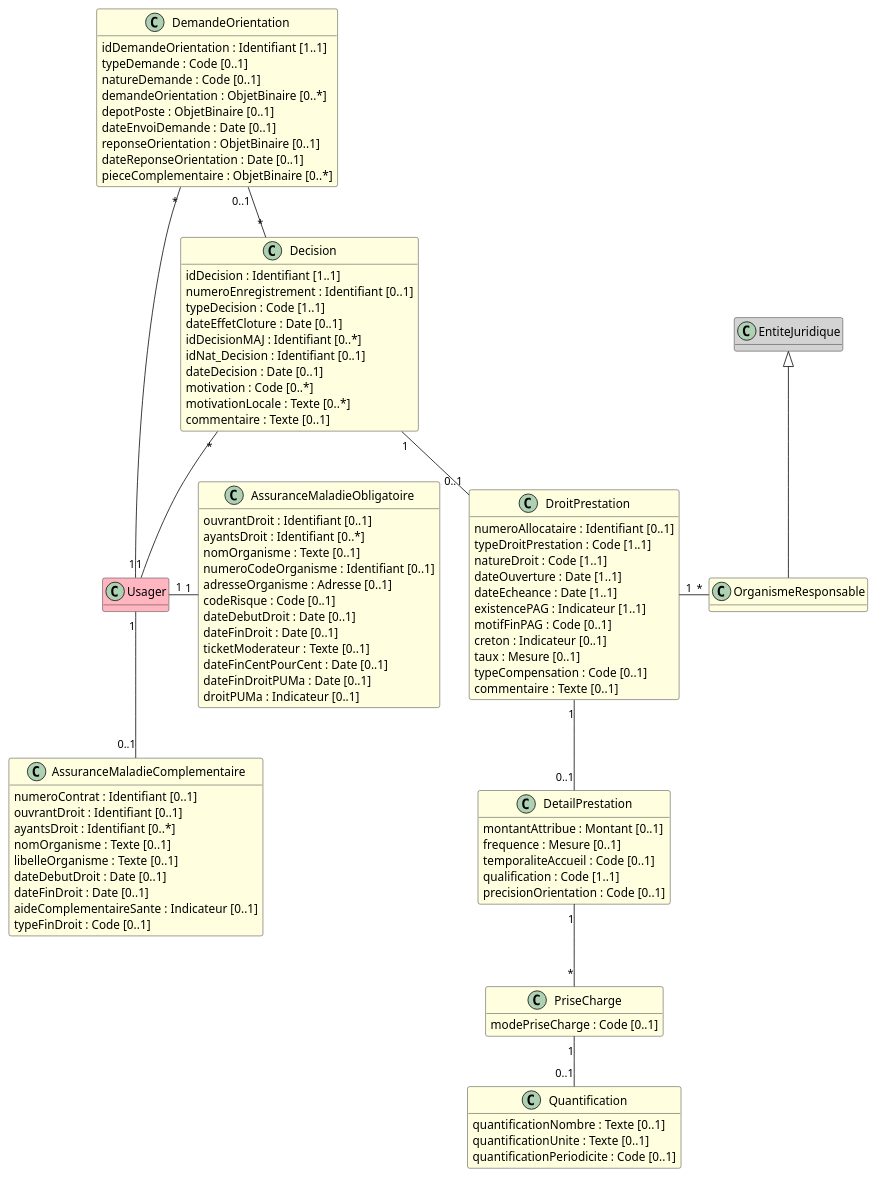
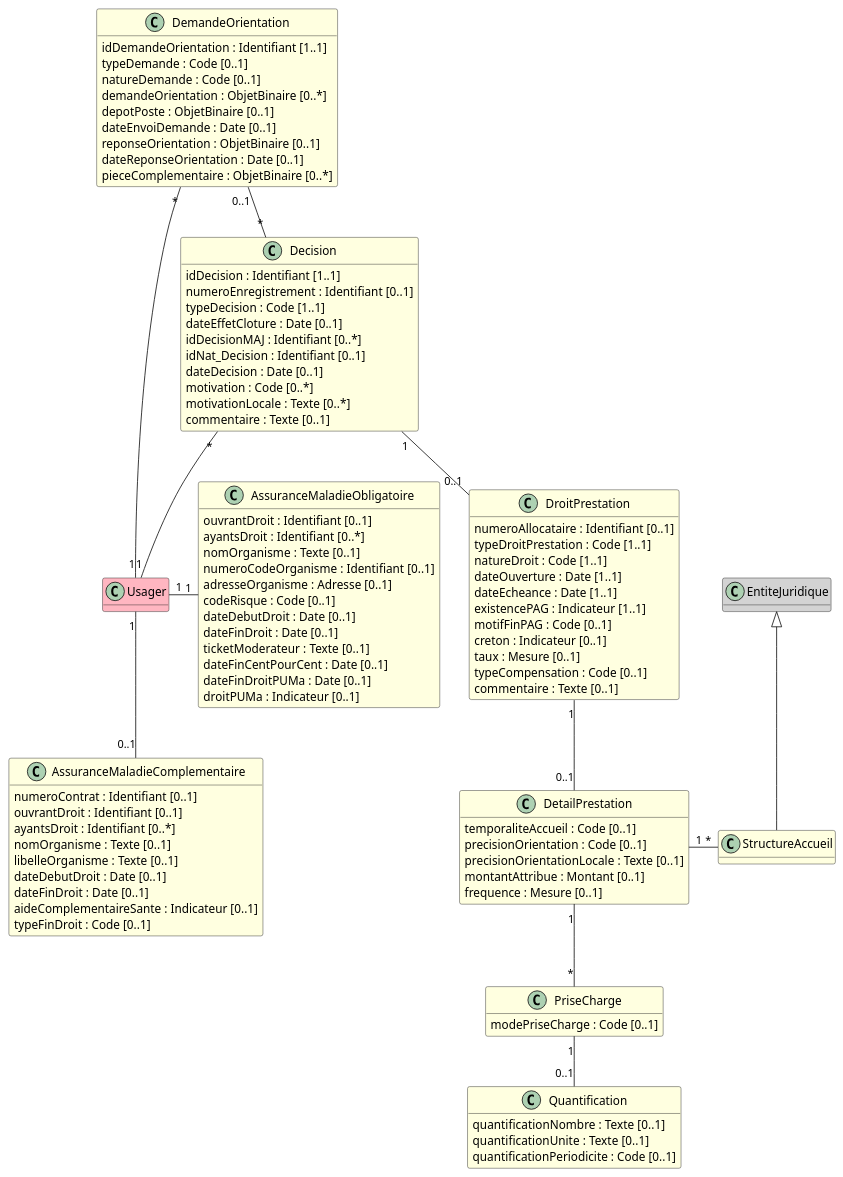
The diagram in input/images-source/bloc_droits_sociaux_sante.plantuml (ansforge/IG-fhir-medicosocial-transfert-donnees-dui), drawn with PlantUML before and after one commit. The commit also changed 1 other file, not shown here.

Commit message:
lot3 orientation

```diff
--- a/input/images-source/bloc_droits_sociaux_sante.plantuml
+++ b/input/images-source/bloc_droits_sociaux_sante.plantuml
@@ -1,110 +1,110 @@
 @startuml
 
 hide empty methods
 
 class Usager #LightPink
 
 class EntiteJuridique #LightGray
-class OrganismeResponsable #LightYellow
+class StructureAccueil #LightYellow
 
 class AssuranceMaladieComplementaire #LightYellow {
     numeroContrat : Identifiant [0..1]
     ouvrantDroit : Identifiant [0..1]
     ayantsDroit : Identifiant [0..*]
     nomOrganisme : Texte [0..1]
     libelleOrganisme : Texte [0..1]
     dateDebutDroit : Date [0..1]
     dateFinDroit : Date [0..1]
     aideComplementaireSante : Indicateur [0..1]
     typeFinDroit : Code [0..1]
 
 }
 
 class AssuranceMaladieObligatoire #LightYellow {
     ouvrantDroit : Identifiant [0..1]
     ayantsDroit : Identifiant [0..*]
     nomOrganisme : Texte [0..1]
     numeroCodeOrganisme : Identifiant [0..1]
     adresseOrganisme : Adresse [0..1]
     codeRisque : Code [0..1]
     dateDebutDroit : Date [0..1]
     dateFinDroit : Date [0..1]
     ticketModerateur : Texte [0..1]
     dateFinCentPourCent : Date [0..1]
     dateFinDroitPUMa : Date [0..1]
     droitPUMa : Indicateur [0..1]
 }
 
 class DemandeOrientation #LightYellow {
     idDemandeOrientation : Identifiant [1..1]
     typeDemande : Code [0..1] 
     natureDemande : Code [0..1] 
     demandeOrientation : ObjetBinaire [0..*]
     depotPoste : ObjetBinaire [0..1]
     dateEnvoiDemande : Date [0..1]
     reponseOrientation : ObjetBinaire [0..1]
     dateReponseOrientation : Date [0..1]
     pieceComplementaire : ObjetBinaire [0..*]
 }
 
 class Decision #LightYellow {
     idDecision : Identifiant [1..1]
     numeroEnregistrement : Identifiant [0..1]
     typeDecision : Code [1..1]
     dateEffetCloture : Date [0..1]
     idDecisionMAJ : Identifiant [0..*]
     idNat_Decision : Identifiant [0..1]
     dateDecision : Date [0..1]
     motivation : Code [0..*]
     motivationLocale : Texte [0..*]
     commentaire : Texte [0..1]
 }
 
 class DroitPrestation #LightYellow {
     numeroAllocataire : Identifiant [0..1]
     typeDroitPrestation : Code [1..1]
     natureDroit : Code [1..1]
     dateOuverture : Date [1..1]
     dateEcheance : Date [1..1]
     existencePAG : Indicateur [1..1]
     motifFinPAG : Code [0..1]
     creton : Indicateur [0..1]
     taux : Mesure [0..1] 
     typeCompensation : Code [0..1]
     commentaire : Texte [0..1]
 }
 
 class DetailPrestation #LightYellow {
+    temporaliteAccueil : Code [0..1]
+    precisionOrientation : Code [0..1]
+    precisionOrientationLocale : Texte [0..1]
     montantAttribue : Montant [0..1]
     frequence : Mesure [0..1]
-    temporaliteAccueil : Code [0..1]
-    qualification : Code [1..1]
-    precisionOrientation : Code [0..1]
 }
 
 class PriseCharge #LightYellow {
     modePriseCharge : Code [0..1]
 }
 
 class Quantification #LightYellow {
     quantificationNombre : Texte [0..1]
     quantificationUnite : Texte [0..1]
     quantificationPeriodicite : Code [0..1]
 }
 
 Decision "*" -- "1" Usager
 DemandeOrientation "*" - "1" Usager
 
 DemandeOrientation "0..1" -- "*" Decision
 
 Decision "1" -- "0..1" DroitPrestation
-EntiteJuridique <|-- OrganismeResponsable
-DroitPrestation "1" - "*" OrganismeResponsable
 
 DroitPrestation "1" -- "0..1" DetailPrestation
+EntiteJuridique <|-- StructureAccueil
+DetailPrestation "1" - "*" StructureAccueil
 DetailPrestation "1" -- "*" PriseCharge
 PriseCharge "1" -- "0..1" Quantification
 
 Usager "1" -- "0..1"  AssuranceMaladieComplementaire
 Usager "1" - "1" AssuranceMaladieObligatoire
 @enduml
```
